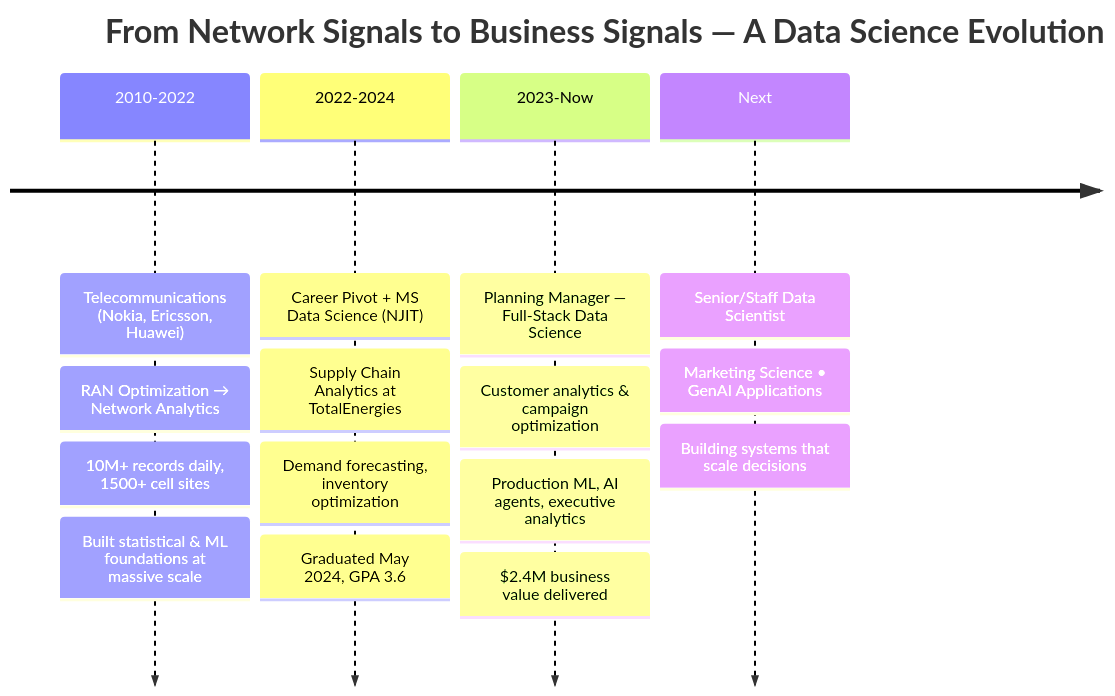
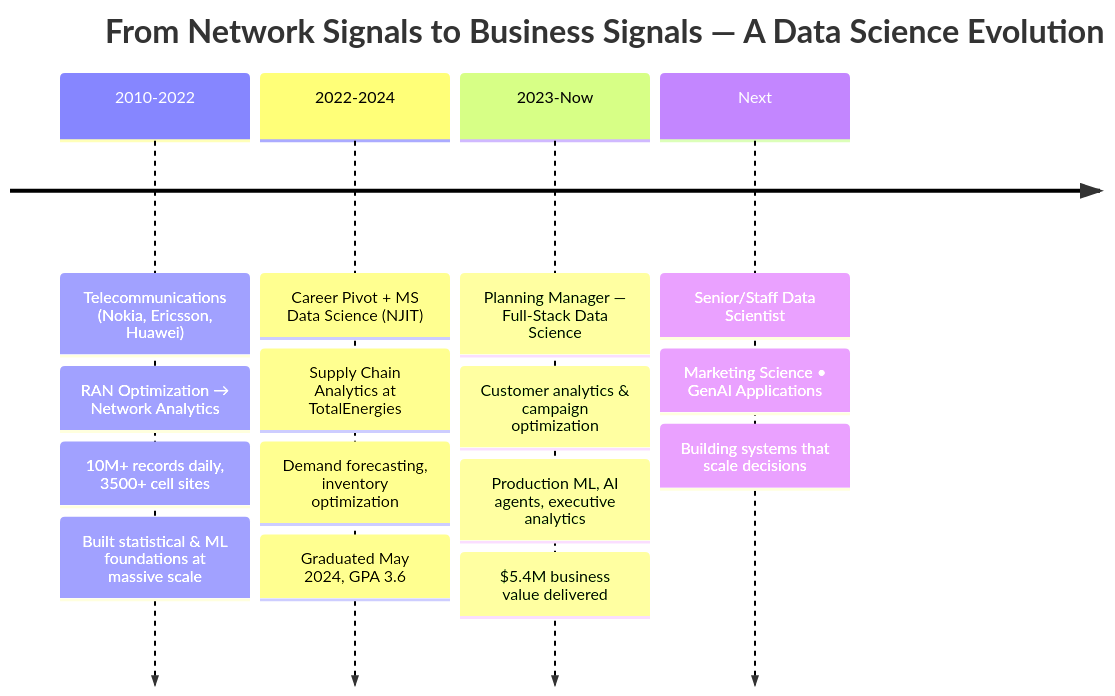
One commit to fenola/fenola changed the diagram in README.md. Above: the diagram before and after it, drawn with Mermaid. The commit also changed other lines of this file, not shown here.

````diff
--- a/README.md
+++ b/README.md
@@ -20,19 +20,19 @@
 ```mermaid
 timeline
     title From Network Signals to Business Signals — A Data Science Evolution
     2010-2022 : Telecommunications (Nokia, Ericsson, Huawei)
               : RAN Optimization → Network Analytics
-              : 10M+ records daily, 1500+ cell sites
+              : 10M+ records daily, 3500+ cell sites
               : Built statistical & ML foundations at massive scale
     2022-2024 : Career Pivot + MS Data Science (NJIT)
               : Supply Chain Analytics at TotalEnergies
               : Demand forecasting, inventory optimization
               : Graduated May 2024, GPA 3.6
     2023-Now  : Planning Manager — Full-Stack Data Science
               : Customer analytics & campaign optimization
               : Production ML, AI agents, executive analytics
-              : $2.4M business value delivered
+              : $5.4M business value delivered
     Next      : Senior/Staff Data Scientist
               : Marketing Science • GenAI Applications
               : Building systems that scale decisions
 ```
````
